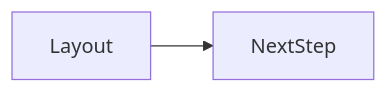
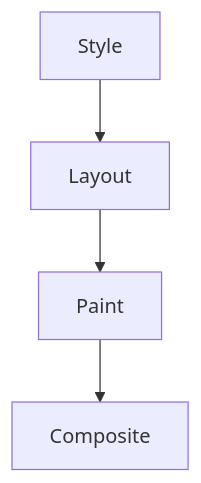
Before and after one commit to OmidJavaherii/Frontend-Engineering-Handbook: the second of 2 diagrams in docs/en/03-browser/layout/index.md, drawn with Mermaid. The commit also changed other lines of this file and 461 other files, not shown here.

````diff
--- a/docs/en/03-browser/layout/index.md
+++ b/docs/en/03-browser/layout/index.md
@@ -96,4 +111,4 @@
 ```mermaid
-flowchart LR
-  concept[Layout] --> nextStep[NextStep]
+flowchart TD
+  Style --> Layout --> Paint --> Composite
 ```
````
